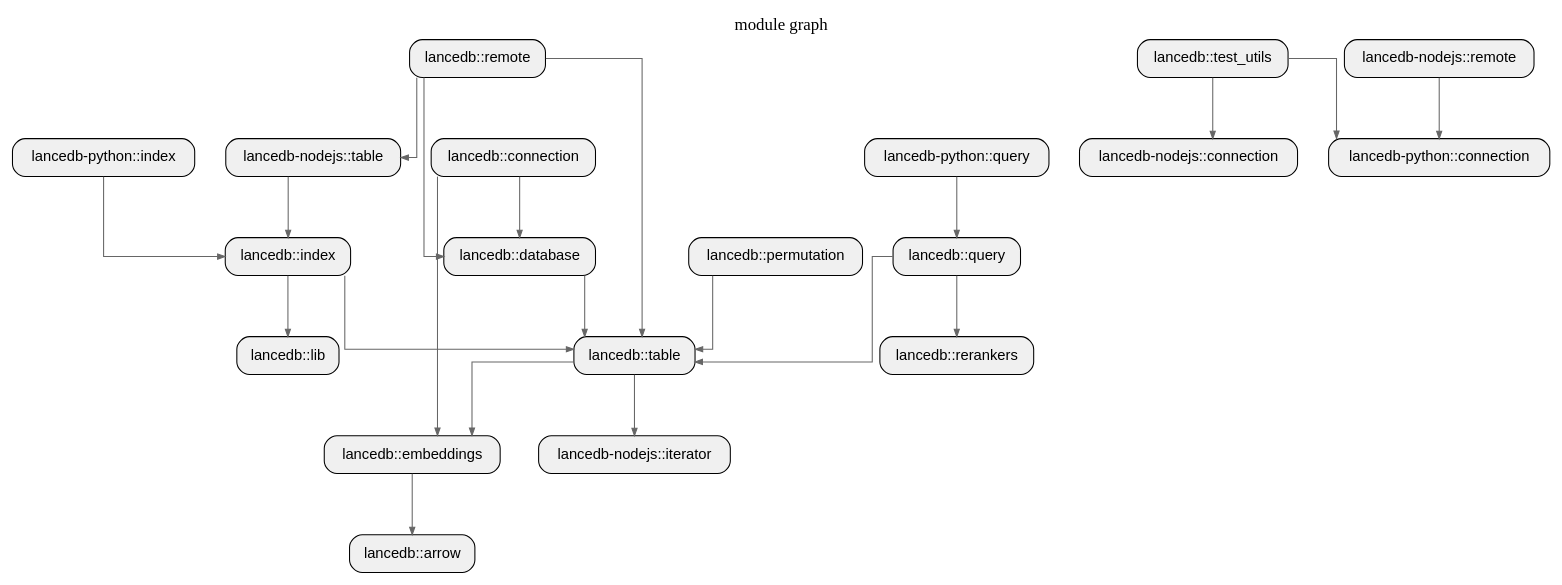
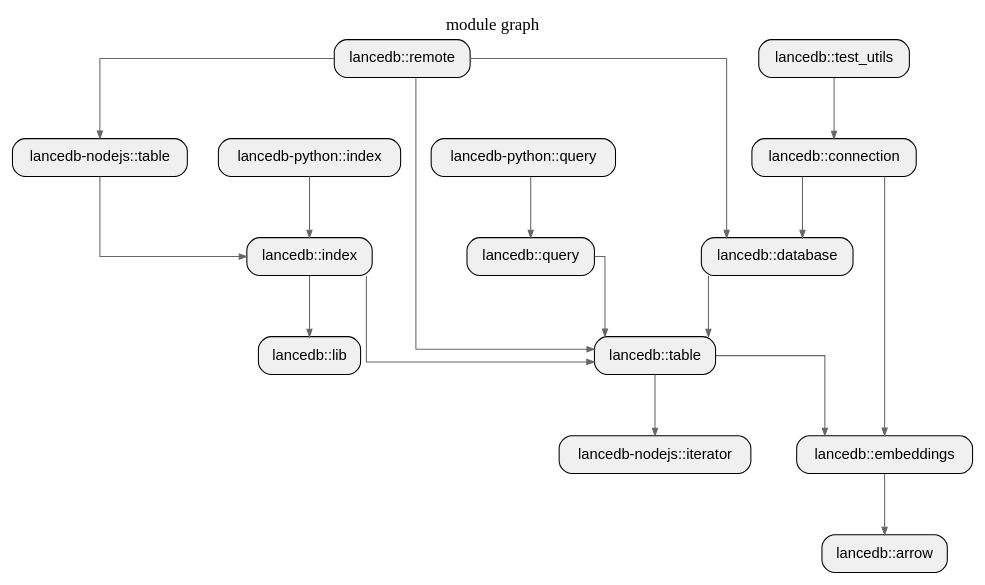
The diagram in sample/lancedb/depth_2_module.dot (allenanswerzq/llmcc), drawn with Graphviz before and after one commit. The commit also changed 211 other files, not shown here.

```diff
--- a/sample/lancedb/depth_2_module.dot
+++ b/sample/lancedb/depth_2_module.dot
@@ -1,57 +1,48 @@
 digraph architecture {
   // Layout settings
   rankdir=TB;
   ranksep=0.8;
   nodesep=0.4;
   splines=ortho;
   concentrate=true;
 
   node [shape=box, style="rounded,filled", fillcolor="#f0f0f0", fontname="Helvetica"];
   edge [color="#666666", arrowsize=0.7];
 
   label="module graph";
   labelloc=t;
   fontsize=16;
   fontname="Helvetica Bold";
 
   mod_lancedb_arrow[label="lancedb::arrow"];
   mod_lancedb_connection[label="lancedb::connection"];
   mod_lancedb_database[label="lancedb::database"];
   mod_lancedb_embeddings[label="lancedb::embeddings"];
   mod_lancedb_index[label="lancedb::index"];
   mod_lancedb_lib[label="lancedb::lib"];
-  mod_lancedb_nodejs_connection[label="lancedb-nodejs::connection"];
   mod_lancedb_nodejs_iterator[label="lancedb-nodejs::iterator"];
-  mod_lancedb_nodejs_remote[label="lancedb-nodejs::remote"];
   mod_lancedb_nodejs_table[label="lancedb-nodejs::table"];
-  mod_lancedb_permutation[label="lancedb::permutation"];
-  mod_lancedb_python_connection[label="lancedb-python::connection"];
   mod_lancedb_python_index[label="lancedb-python::index"];
   mod_lancedb_python_query[label="lancedb-python::query"];
   mod_lancedb_query[label="lancedb::query"];
   mod_lancedb_remote[label="lancedb::remote"];
-  mod_lancedb_rerankers[label="lancedb::rerankers"];
   mod_lancedb_table[label="lancedb::table"];
   mod_lancedb_test_utils[label="lancedb::test_utils"];
 
   mod_lancedb_connection -> mod_lancedb_database;
   mod_lancedb_connection -> mod_lancedb_embeddings;
   mod_lancedb_database -> mod_lancedb_table;
   mod_lancedb_embeddings -> mod_lancedb_arrow;
   mod_lancedb_index -> mod_lancedb_lib;
   mod_lancedb_index -> mod_lancedb_table;
-  mod_lancedb_nodejs_remote -> mod_lancedb_python_connection;
   mod_lancedb_nodejs_table -> mod_lancedb_index;
-  mod_lancedb_permutation -> mod_lancedb_table;
   mod_lancedb_python_index -> mod_lancedb_index;
   mod_lancedb_python_query -> mod_lancedb_query;
-  mod_lancedb_query -> mod_lancedb_rerankers;
   mod_lancedb_query -> mod_lancedb_table;
   mod_lancedb_remote -> mod_lancedb_database;
   mod_lancedb_remote -> mod_lancedb_nodejs_table;
   mod_lancedb_remote -> mod_lancedb_table;
   mod_lancedb_table -> mod_lancedb_embeddings;
   mod_lancedb_table -> mod_lancedb_nodejs_iterator;
-  mod_lancedb_test_utils -> mod_lancedb_nodejs_connection;
-  mod_lancedb_test_utils -> mod_lancedb_python_connection;
+  mod_lancedb_test_utils -> mod_lancedb_connection;
 }
```
